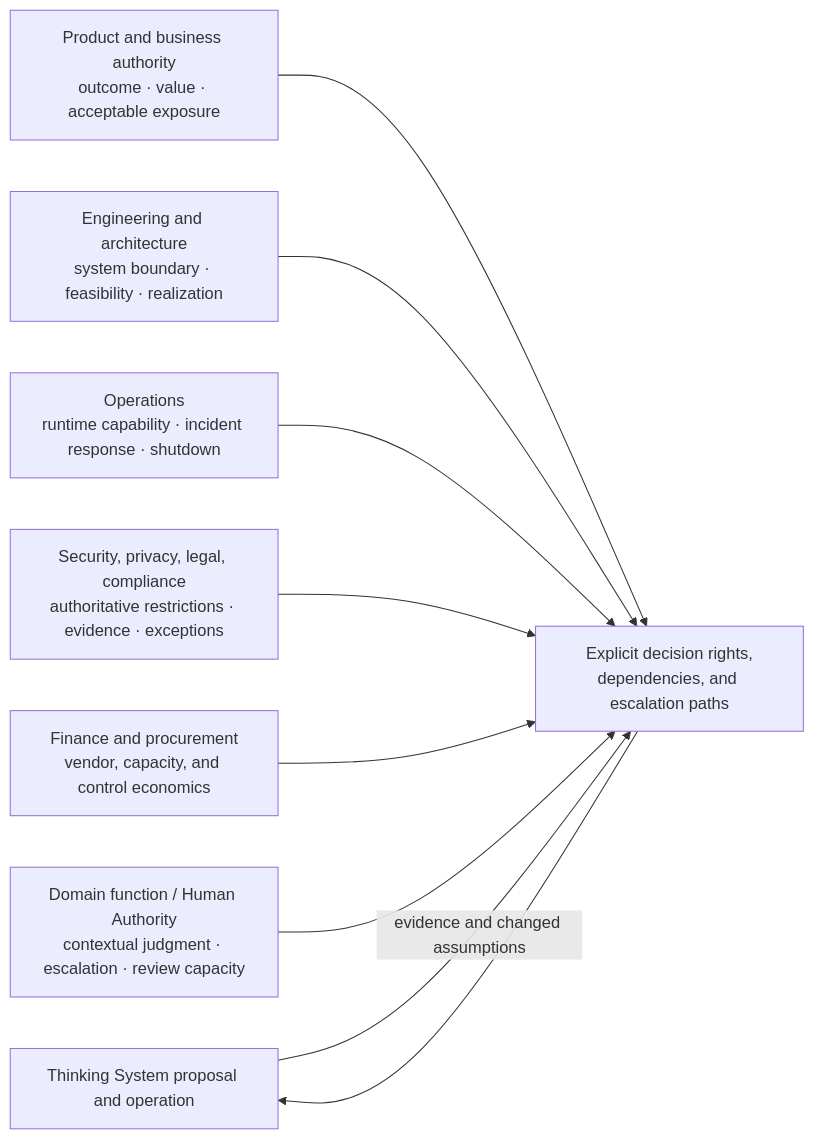
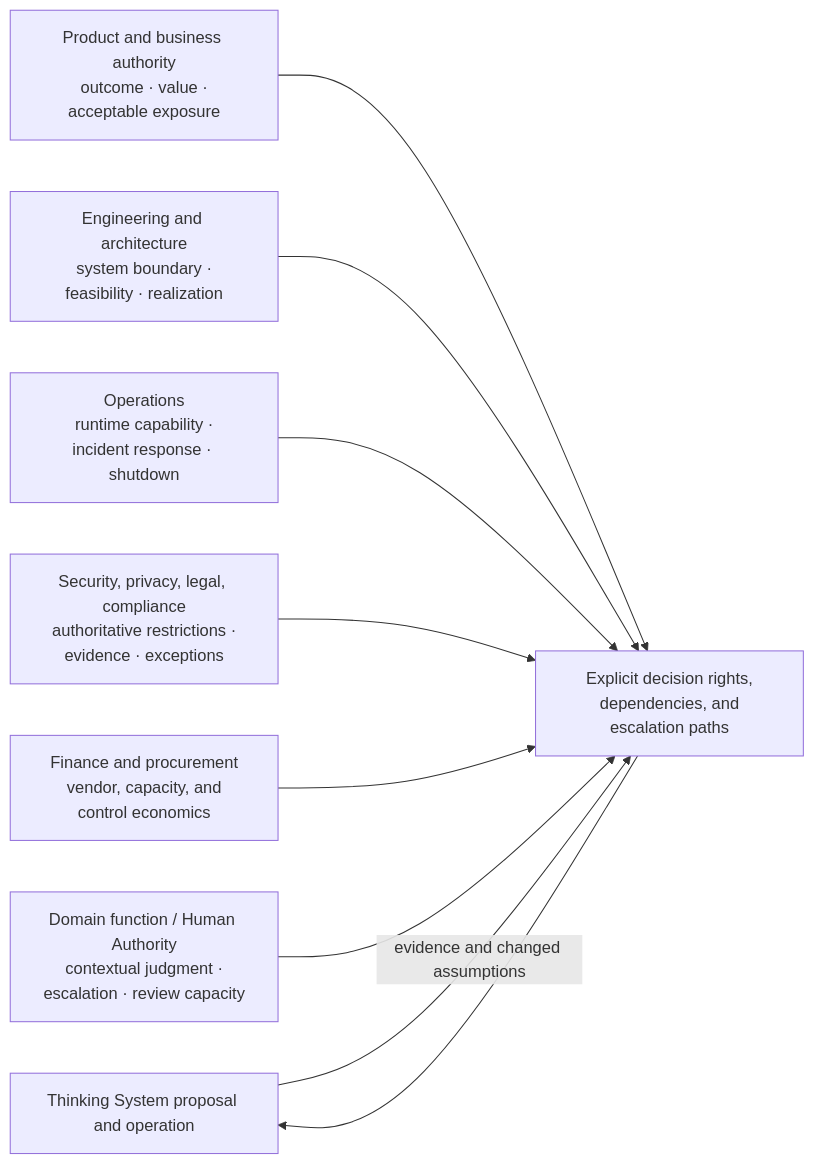
The tenth of 14 diagrams in content/research/notes/open-engineering-specification-article-draft.md (UncertaintyArchitectureGroup/uncertainty-architecture), drawn with Mermaid before and after one commit. The commit also changed other lines of this file, not shown here.

Commit message:
fix(research): stabilize Mermaid rendering

````diff
--- a/content/research/notes/open-engineering-specification-article-draft.md
+++ b/content/research/notes/open-engineering-specification-article-draft.md
@@ -496,20 +501,20 @@
 ```mermaid
 flowchart LR
     TS["Thinking System proposal and operation"]
-    PROD["Product and business authority<br/>outcome · value · acceptable exposure"]
-    ENG["Engineering and architecture<br/>system boundary · feasibility · realization"]
-    OPS["Operations<br/>runtime capability · incident response · shutdown"]
-    SEC["Security, privacy, legal, compliance<br/>authoritative restrictions · evidence · exceptions"]
-    FIN["Finance and procurement<br/>vendor, capacity, and control economics"]
-    DOM["Domain function / Human Authority<br/>contextual judgment · escalation · review capacity"]
-    RIGHTS["Explicit decision rights,<br/>dependencies, and escalation paths"]
+    PROD["Product and business authority<br/> outcome · value · acceptable exposure"]
+    ENG["Engineering and architecture<br/> system boundary · feasibility · realization"]
+    OPS["Operations<br/> runtime capability · incident response · shutdown"]
+    SEC["Security, privacy, legal, compliance<br/> authoritative restrictions · evidence · exceptions"]
+    FIN["Finance and procurement<br/> vendor, capacity, and control economics"]
+    DOM["Domain function / Human Authority<br/> contextual judgment · escalation · review capacity"]
+    RIGHTS["Explicit decision rights,<br/> dependencies, and escalation paths"]
 
     PROD --> RIGHTS
     ENG --> RIGHTS
     OPS --> RIGHTS
     SEC --> RIGHTS
     FIN --> RIGHTS
     DOM --> RIGHTS
     RIGHTS --> TS
     TS -->|evidence and changed assumptions| RIGHTS
 ```
````
